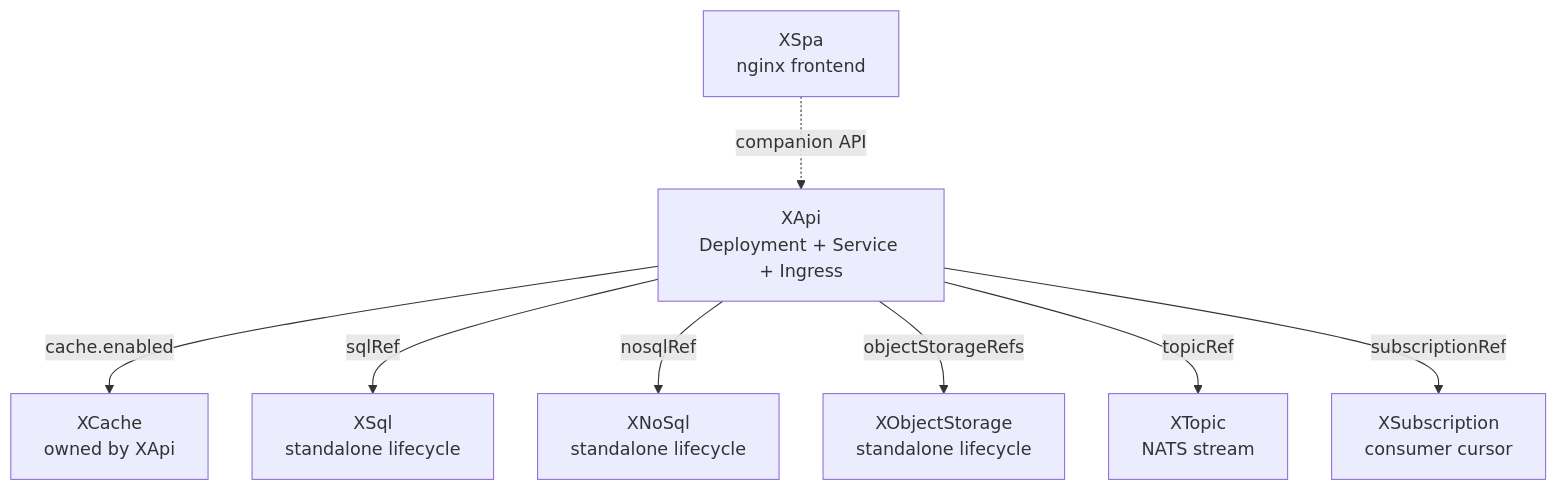
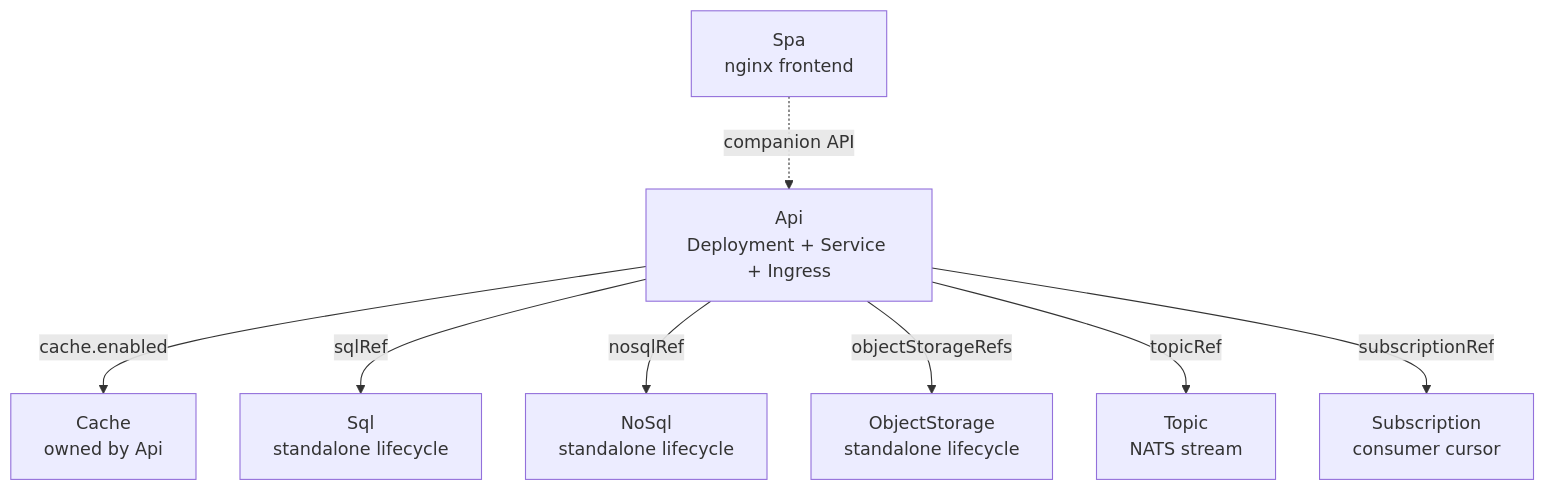
Before and after one commit to cujarrett/homelab: the first of 2 diagrams in platform/README.md, drawn with Mermaid. The commit also changed other lines of this file and 73 other files, not shown here.

````diff
--- a/platform/README.md
+++ b/platform/README.md
@@ -32,20 +32,20 @@
 ```mermaid
 %%{init: {'flowchart': {'nodeSpacing': 40, 'rankSpacing': 60}}}%%
 flowchart TD
-    xapi["XApi\nDeployment + Service + Ingress"]
-    xspa["XSpa\nnginx frontend"]
-    xcache["XCache\nowned by XApi"]
-    xsql["XSql\nstandalone lifecycle"]
-    xnosql["XNoSql\nstandalone lifecycle"]
-    xos["XObjectStorage\nstandalone lifecycle"]
-    xtopic["XTopic\nNATS stream"]
-    xsub["XSubscription\nconsumer cursor"]
+    api["Api\nDeployment + Service + Ingress"]
+    spa["Spa\nnginx frontend"]
+    cache["Cache\nowned by Api"]
+    sql["Sql\nstandalone lifecycle"]
+    nosql["NoSql\nstandalone lifecycle"]
+    xos["ObjectStorage\nstandalone lifecycle"]
+    topic["Topic\nNATS stream"]
+    xsub["Subscription\nconsumer cursor"]
 
-    xapi -->|"cache.enabled"| xcache
-    xapi -->|"sqlRef"| xsql
-    xapi -->|"nosqlRef"| xnosql
-    xapi -->|"objectStorageRefs"| xos
-    xapi -->|"topicRef"| xtopic
-    xapi -->|"subscriptionRef"| xsub
-    xspa -.->|"companion API"| xapi
+    api -->|"cache.enabled"| cache
+    api -->|"sqlRef"| sql
+    api -->|"nosqlRef"| nosql
+    api -->|"objectStorageRefs"| xos
+    api -->|"topicRef"| topic
+    api -->|"subscriptionRef"| xsub
+    spa -.->|"companion API"| api
 ```
````
